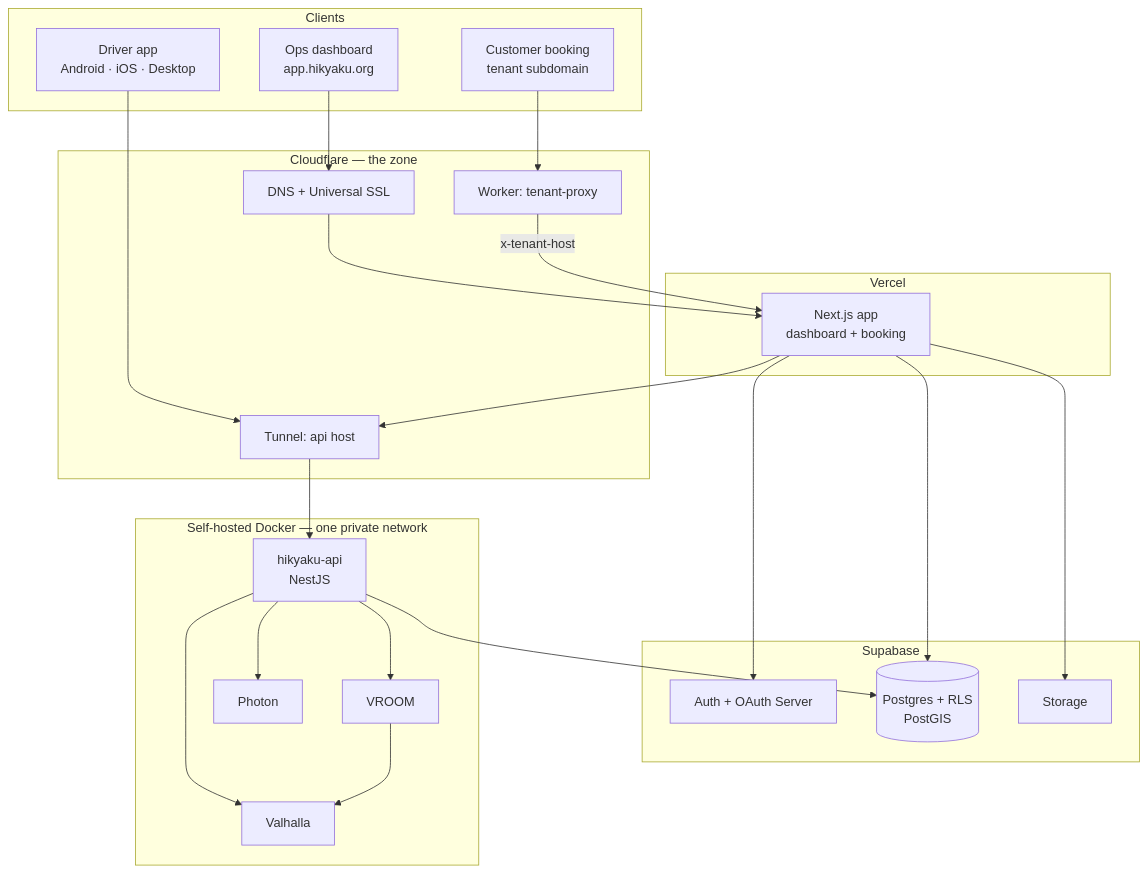
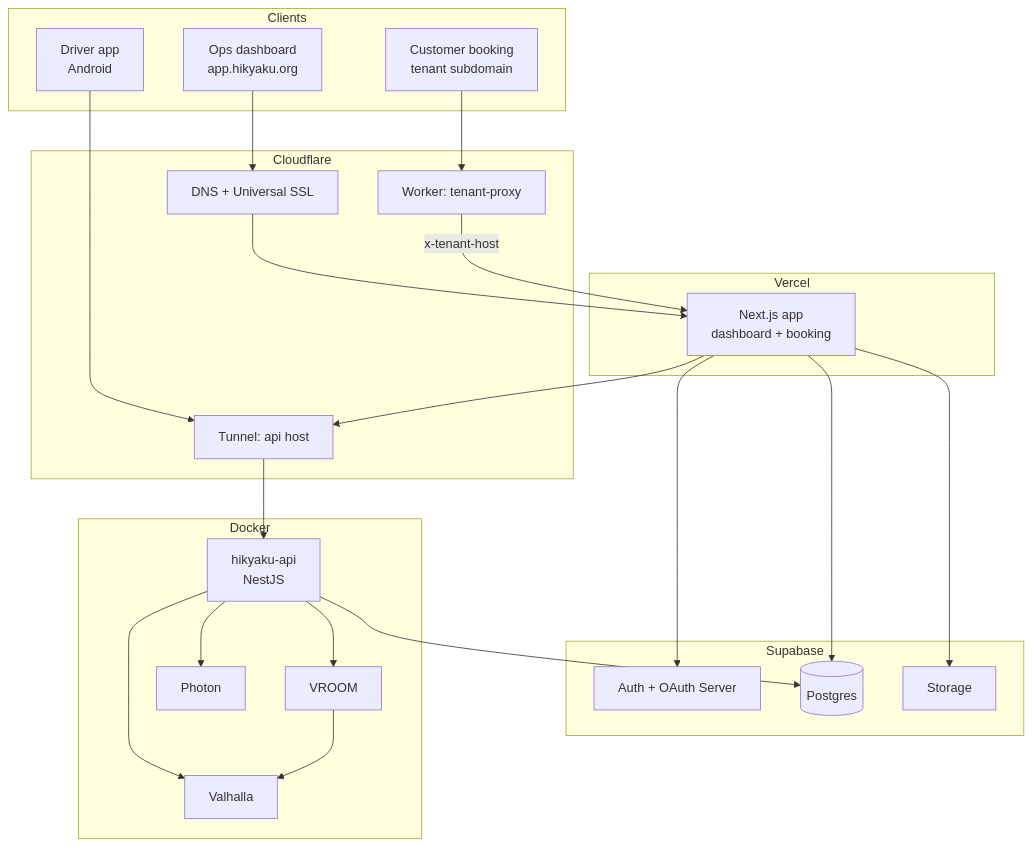
Before and after one commit to HikyakuOrg/hikyaku-docs: the first of 2 diagrams in docs/architecture.mdx, drawn with Mermaid. The commit also changed other lines of this file and 3 other files, not shown here.

Commit message:
Rewrote architecture docs

````diff
--- a/docs/architecture.mdx
+++ b/docs/architecture.mdx
@@ -15,45 +17,45 @@
 ```mermaid
 flowchart TB
   subgraph clients["Clients"]
     ops["Ops dashboard<br/>app.hikyaku.org"]
     book["Customer booking<br/>tenant subdomain"]
-    mob["Driver app<br/>Android · iOS · Desktop"]
+    mob["Driver app<br/>Android"]
   end
 
-  subgraph cf["Cloudflare — the zone"]
+  subgraph cf["Cloudflare"]
     dns["DNS + Universal SSL"]
     wrk["Worker: tenant-proxy"]
     tun["Tunnel: api host"]
   end
 
   subgraph vercel["Vercel"]
     next["Next.js app<br/>dashboard + booking"]
   end
 
   subgraph supa["Supabase"]
     auth["Auth + OAuth Server"]
-    pg[("Postgres + RLS<br/>PostGIS")]
+    pg[("Postgres")]
     st["Storage"]
   end
 
-  subgraph self["Self-hosted Docker — one private network"]
+  subgraph self["Docker"]
     api["hikyaku-api<br/>NestJS"]
     val["Valhalla"]
     vr["VROOM"]
     ph["Photon"]
   end
 
   ops --> dns --> next
   book --> wrk -->|"x-tenant-host"| next
   mob --> tun
   next --> auth
   next --> pg
   next --> st
   next --> tun
   tun --> api
   api --> pg
   api --> val
   api --> vr
   api --> ph
   vr --> val
 ```
````
